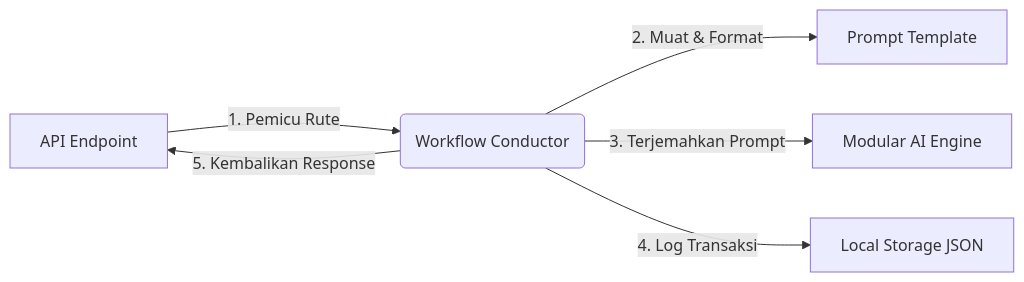
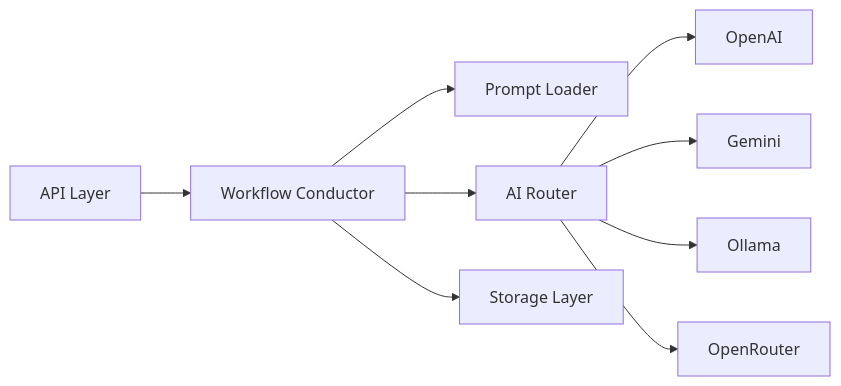
The diagram in README.md (sohibwong102-pixel/API_Integration), drawn with Mermaid before and after one commit. The commit also changed other lines of this file, not shown here.

Commit message:
docs: redesign README with premium hybrid architecture overview

````diff
--- a/README.md
+++ b/README.md
@@ -121,8 +127,11 @@
 ```mermaid
 graph LR
-    A[API Endpoint] -->|1. Pemicu Rute| B(Workflow Conductor)
-    B -->|2. Muat & Format| C[Prompt Template]
-    B -->|3. Terjemahkan Prompt| D[Modular AI Engine]
-    B -->|4. Log Transaksi| E[Local Storage JSON]
-    B -->|5. Kembalikan Response| A
+    A[API Layer] --> B[Workflow Conductor]
+    B --> C[Prompt Loader]
+    B --> D[AI Router]
+    B --> E[Storage Layer]
+    D --> F[OpenAI]
+    D --> G[Gemini]
+    D --> H[Ollama]
+    D --> I[OpenRouter]
 ```
````
